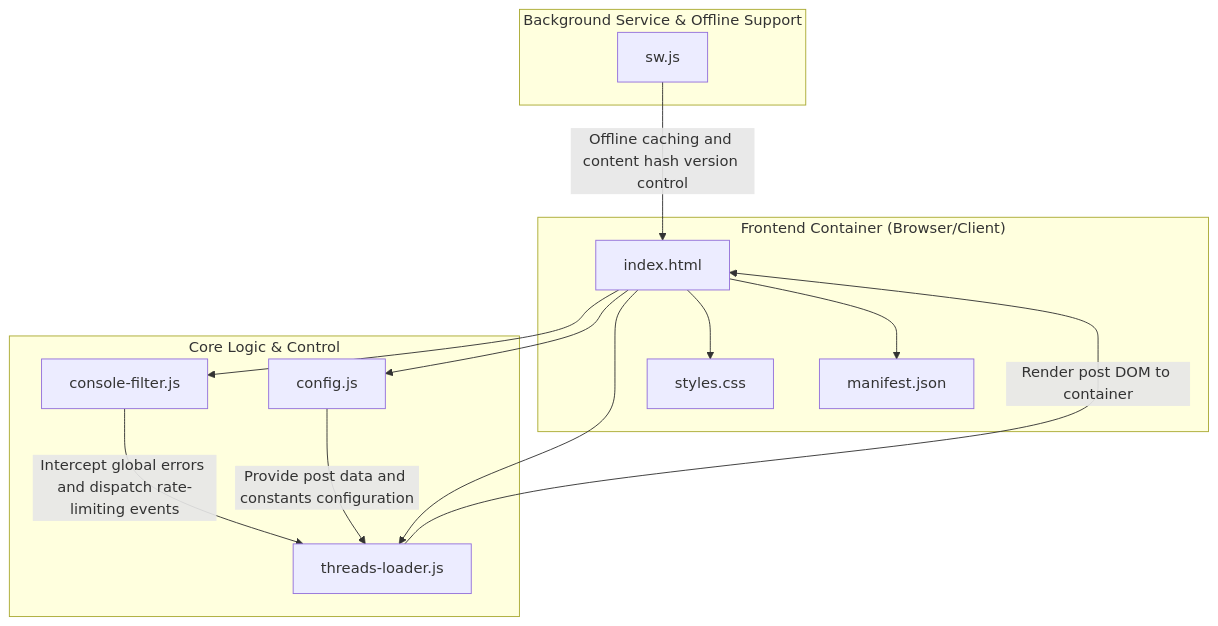
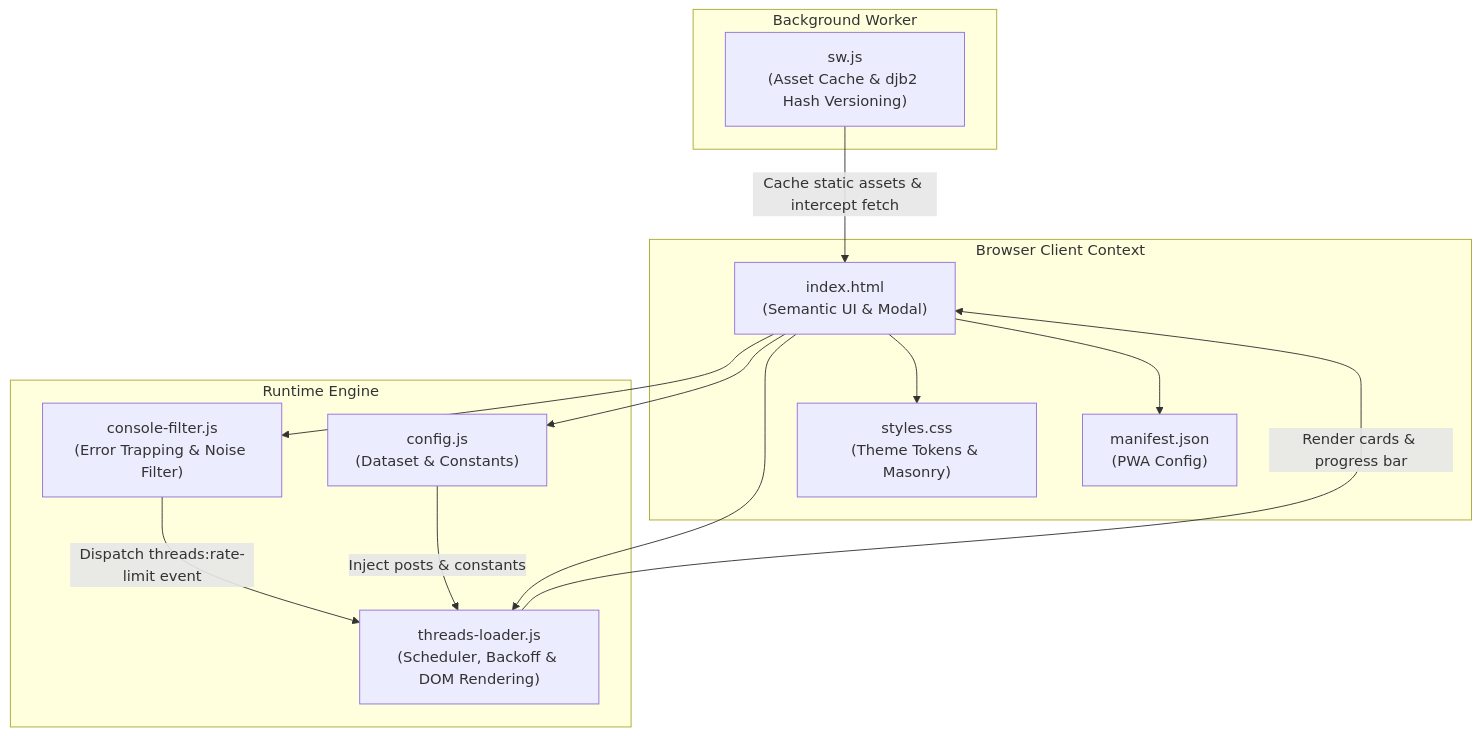
The second of 3 diagrams in README_EN.md (Scorpio-meow/Threads-Featured-Posts), drawn with Mermaid before and after one commit. The commit also changed other lines of this file and 2 other files, not shown here.

````diff
--- a/README_EN.md
+++ b/README_EN.md
@@ -157,30 +183,29 @@
 ```mermaid
 flowchart TD
-    subgraph Client ["Frontend Container (Browser/Client)"]
-        Index["index.html"]
-        Style["styles.css"]
-        Manifest["manifest.json"]
+    subgraph Browser ["Browser Client Context"]
+        HTML["index.html\n(Semantic UI & Modal)"]
+        CSS["styles.css\n(Theme Tokens & Masonry)"]
+        Manifest["manifest.json\n(PWA Config)"]
     end
 
-    subgraph Logic ["Core Logic & Control"]
-        Config["config.js"]
-        Filter["console-filter.js"]
-        Loader["threads-loader.js"]
+    subgraph Scripts ["Runtime Engine"]
+        Filter["console-filter.js\n(Error Trapping & Noise Filter)"]
+        Config["config.js\n(Dataset & Constants)"]
+        Loader["threads-loader.js\n(Scheduler, Backoff & DOM Rendering)"]
     end
 
-    subgraph Service ["Background Service & Offline Support"]
-        SW["sw.js"]
+    subgraph ServiceWorker ["Background Worker"]
+        SW["sw.js\n(Asset Cache & djb2 Hash Versioning)"]
     end
 
-    Index --> Filter
-    Index --> Config
-    Index --> Loader
-    Index --> Style
-    Index --> Manifest
-    
-    Filter -- "Intercept global errors and dispatch rate-limiting events" --> Loader
-    Config -- "Provide post data and constants configuration" --> Loader
-    Loader -- "Render post DOM to container" --> Index
-    
-    SW -- "Offline caching and content hash version control" --> Index
+    HTML --> Filter
+    HTML --> Config
+    HTML --> Loader
+    HTML --> CSS
+    HTML --> Manifest
+
+    Filter -- "Dispatch threads:rate-limit event" --> Loader
+    Config -- "Inject posts & constants" --> Loader
+    Loader -- "Render cards & progress bar" --> HTML
+    SW -- "Cache static assets & intercept fetch" --> HTML
 ```
````
